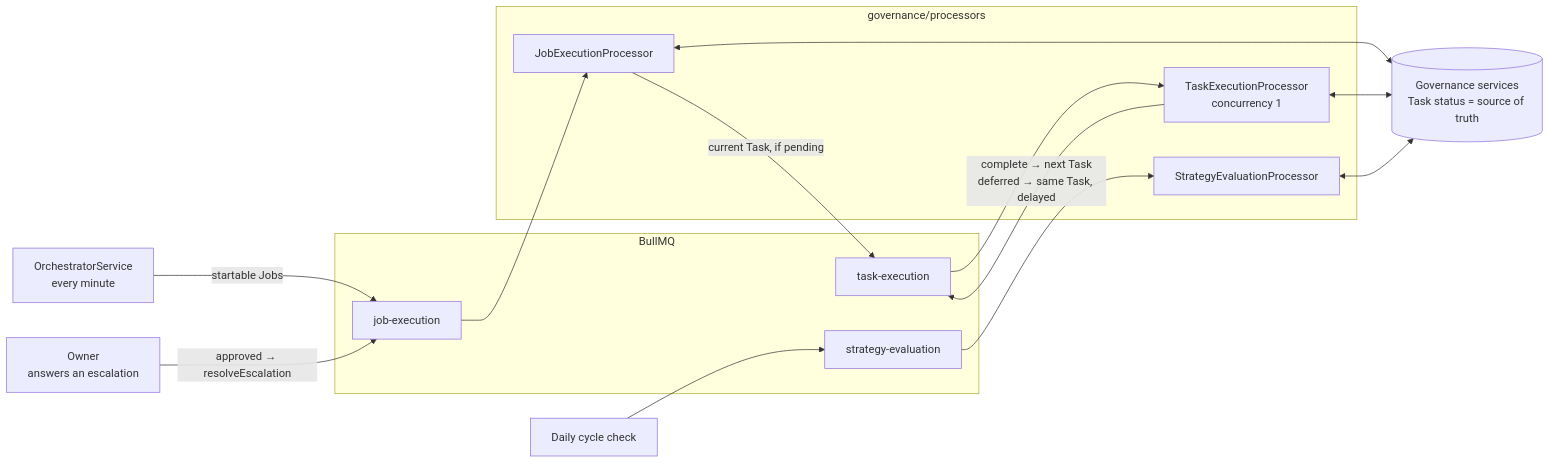
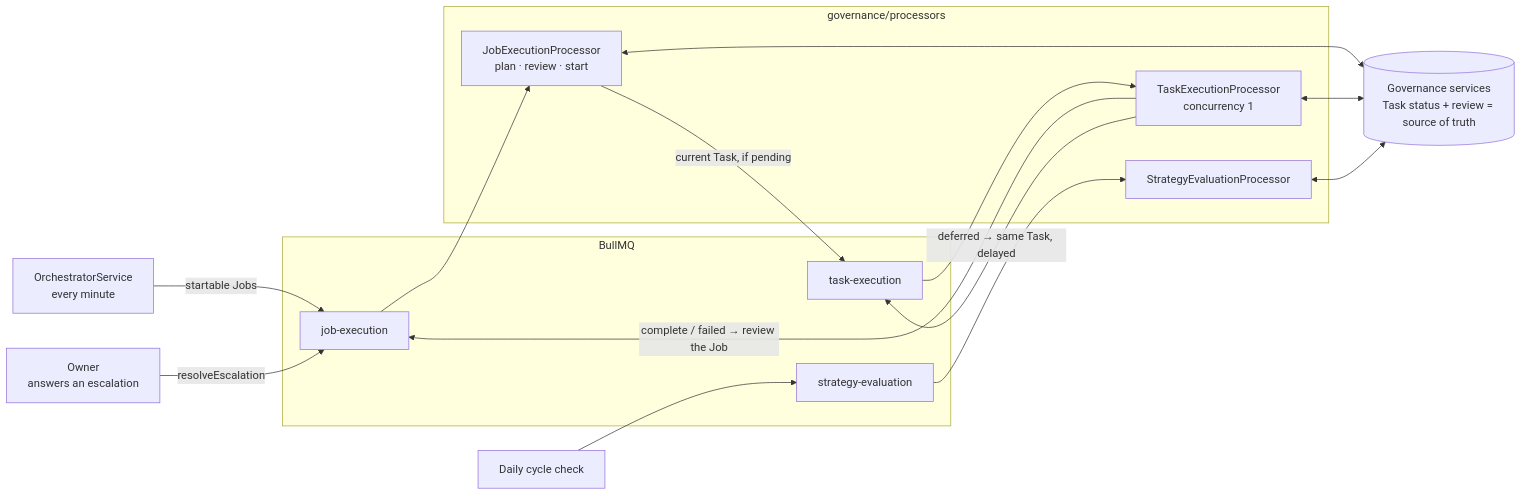
One commit to BaraaSoft/agentcores changed the first of 4 diagrams in packages/backend/src/governance/processors/tech-spec.md. Above: the diagram before and after it, drawn with Mermaid. The commit also changed other lines of this file and 36 other files, not shown here.

First line of the commit message:
Enhance job and task management in governance module

````diff
--- a/packages/backend/src/governance/processors/tech-spec.md
+++ b/packages/backend/src/governance/processors/tech-spec.md
@@ -27,30 +28,31 @@
 ```mermaid
 flowchart LR
     Orch["OrchestratorService<br/>every minute"]
     Owner["Owner<br/>answers an escalation"]
     Cron["Daily cycle check"]
 
     subgraph Queues["BullMQ"]
         JQ["job-execution"]
         TQ["task-execution"]
         SQ["strategy-evaluation"]
     end
 
     subgraph Processors["governance/processors"]
-        JP["JobExecutionProcessor"]
+        JP["JobExecutionProcessor<br/>plan · review · start"]
         TP["TaskExecutionProcessor<br/>concurrency 1"]
         SP["StrategyEvaluationProcessor"]
     end
 
-    DB[("Governance services<br/>Task status = source of truth")]
+    DB[("Governance services<br/>Task status + review = source of truth")]
 
     Orch -- "startable Jobs" --> JQ
-    Owner -- "approved → resolveEscalation" --> JQ
+    Owner -- "resolveEscalation" --> JQ
     Cron --> SQ
     JQ --> JP
     JP -- "current Task, if pending" --> TQ
     TQ --> TP
-    TP -- "complete → next Task<br/>deferred → same Task, delayed" --> TQ
+    TP -- "complete / failed → review the Job" --> JQ
+    TP -- "deferred → same Task, delayed" --> TQ
     SQ --> SP
     JP & TP & SP <--> DB
 ```
````
